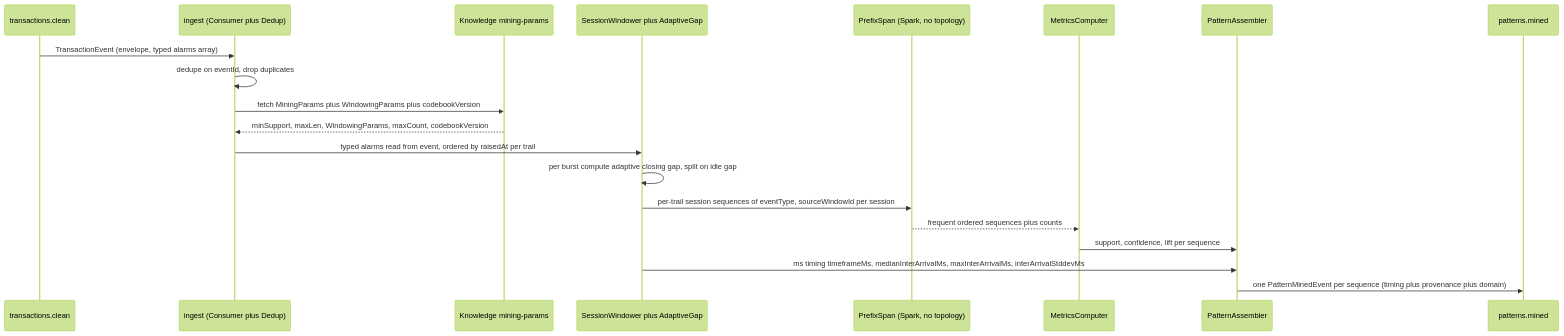
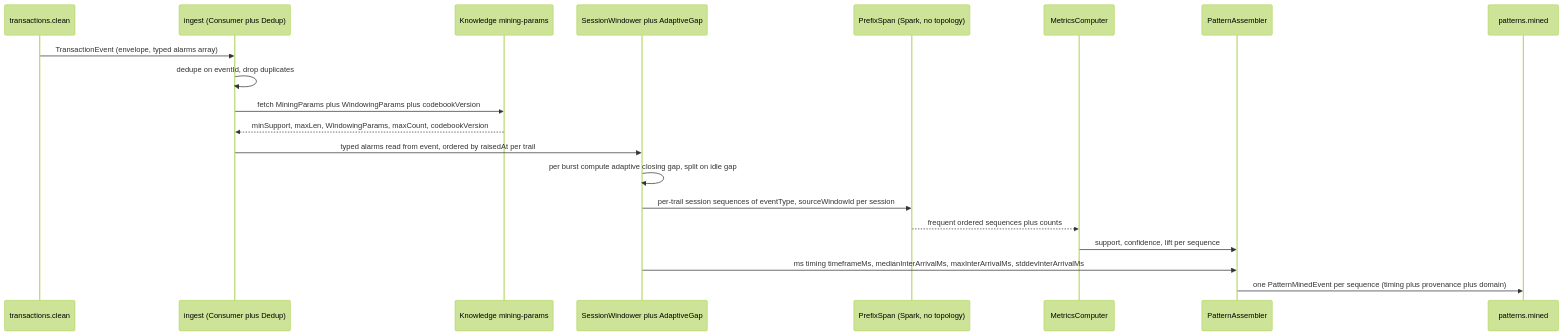
One commit to nikhilmohan/correlation-platform changed the second of 4 diagrams in services/pattern-miner/design.md. Above: the diagram before and after it, drawn with Mermaid (forest theme). The commit also changed other lines of this file and 1 other file, not shown here.

First line of the commit message:
fix(pattern-miner): align stddev timing key to consumer (stddevInterArrivalMs)

````diff
--- a/services/pattern-miner/design.md
+++ b/services/pattern-miner/design.md
@@ -202,22 +202,22 @@
 ```mermaid
 sequenceDiagram
   participant K as transactions.clean
   participant I as ingest (Consumer plus Dedup)
   participant KS as Knowledge mining-params
   participant W as SessionWindower plus AdaptiveGap
   participant PS as PrefixSpan (Spark, no topology)
   participant MC as MetricsComputer
   participant AS as PatternAssembler
   participant P as patterns.mined
   K->>I: TransactionEvent (envelope, typed alarms array)
   I->>I: dedupe on eventId, drop duplicates
   I->>KS: fetch MiningParams plus WindowingParams plus codebookVersion
   KS-->>I: minSupport, maxLen, WindowingParams, maxCount, codebookVersion
   I->>W: typed alarms read from event, ordered by raisedAt per trail
   W->>W: per burst compute adaptive closing gap, split on idle gap
   W->>PS: per-trail session sequences of eventType, sourceWindowId per session
   PS-->>MC: frequent ordered sequences plus counts
   MC->>AS: support, confidence, lift per sequence
-  W->>AS: ms timing timeframeMs, medianInterArrivalMs, maxInterArrivalMs, interArrivalStddevMs
+  W->>AS: ms timing timeframeMs, medianInterArrivalMs, maxInterArrivalMs, stddevInterArrivalMs
   AS->>P: one PatternMinedEvent per sequence (timing plus provenance plus domain)
 ```
````
